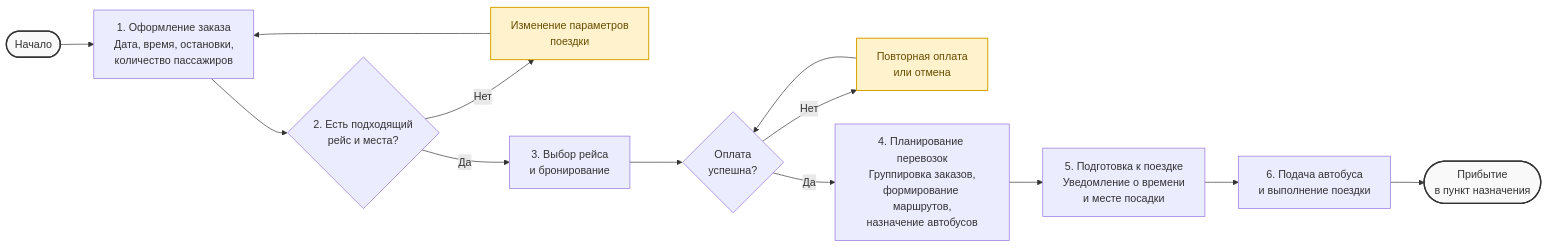
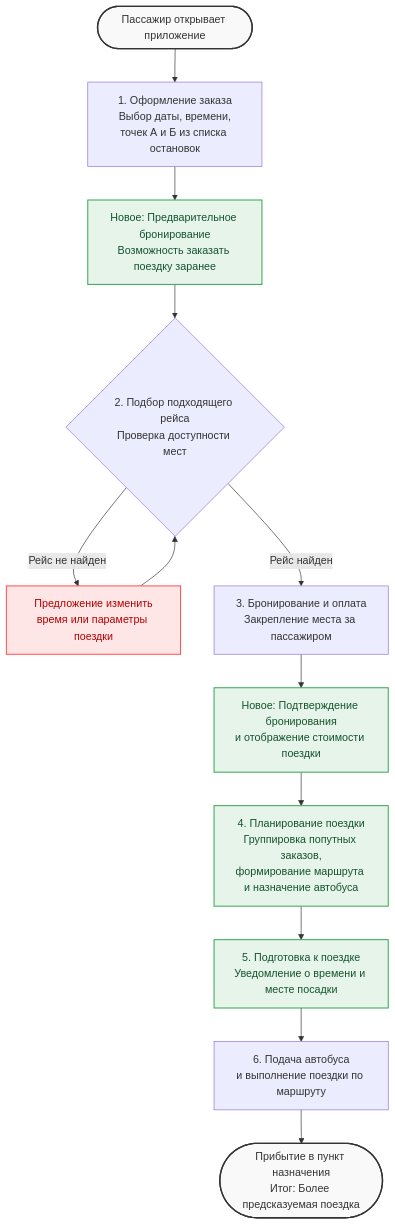
Before and after one commit to victoriapetrova2910/Project_custombus: the diagram in docs/research/research_study/to-be.md, drawn with Mermaid.

````diff
--- a/docs/research/research_study/to-be.md
+++ b/docs/research/research_study/to-be.md
@@ -3,30 +3,31 @@
 ```mermaid
-flowchart LR
-    Start([Начало]) --> A[1. Оформление заказа<br/>Дата, время, остановки,<br/>количество пассажиров]
+flowchart TD
+    Start([Пассажир открывает приложение]) --> Step1[1. Оформление заказа<br/>Выбор даты, времени,<br/>точек А и Б из списка остановок]
 
-    A --> B{2. Есть подходящий<br/>рейс и места?}
+    Step1 --> New1[Новое: Предварительное бронирование<br/>Возможность заказать поездку заранее]
 
-    B -- Нет --> C[Изменение параметров<br/>поездки]
-    C --> A
+    New1 --> Step2{2. Подбор подходящего рейса<br/>Проверка доступности мест}
 
-    B -- Да --> D[3. Выбор рейса<br/>и бронирование]
+    Step2 -- Рейс не найден --> Issue1[Предложение изменить<br/>время или параметры поездки]
+    Issue1 --> Step2
 
-    D --> E{Оплата<br/>успешна?}
+    Step2 -- Рейс найден --> Step3[3. Бронирование и оплата<br/>Закрепление места за пассажиром]
 
-    E -- Нет --> F[Повторная оплата<br/>или отмена]
-    F --> E
+    Step3 --> New2[Новое: Подтверждение бронирования<br/>и отображение стоимости поездки]
 
-    E -- Да --> G[4. Планирование перевозок<br/>Группировка заказов,<br/>формирование маршрутов,<br/>назначение автобусов]
+    New2 --> Step4[4. Планирование поездки<br/>Группировка попутных заказов,<br/>формирование маршрута и назначение автобуса]
 
-    G --> H[5. Подготовка к поездке<br/>Уведомление о времени<br/>и месте посадки]
+    Step4 --> Step5[5. Подготовка к поездке<br/>Уведомление о времени и месте посадки]
 
-    H --> I[6. Подача автобуса<br/>и выполнение поездки]
+    Step5 --> Step6[6. Подача автобуса<br/>и выполнение поездки по маршруту]
 
-    I --> End([Прибытие<br/>в пункт назначения])
+    Step6 --> End([Прибытие в пункт назначения<br/>Итог: Более предсказуемая поездка])
 
-    classDef problem fill:#fff2cc,stroke:#d6a400,color:#664d00,stroke-width:1.5px;
+    classDef problem fill:#ffe6e6,stroke:#ff4d4d,color:#b30000,stroke-width:1.5px;
+    classDef added fill:#e6f4ea,stroke:#34a853,color:#14532d,stroke-width:1.5px;
     classDef startEnd fill:#f9f9f9,stroke:#333,stroke-width:2px;
 
-    class C,F problem;
+    class New1,New2,Step4,Step5 added;
+    class Issue1 problem;
     class Start,End startEnd;
 ```
````
